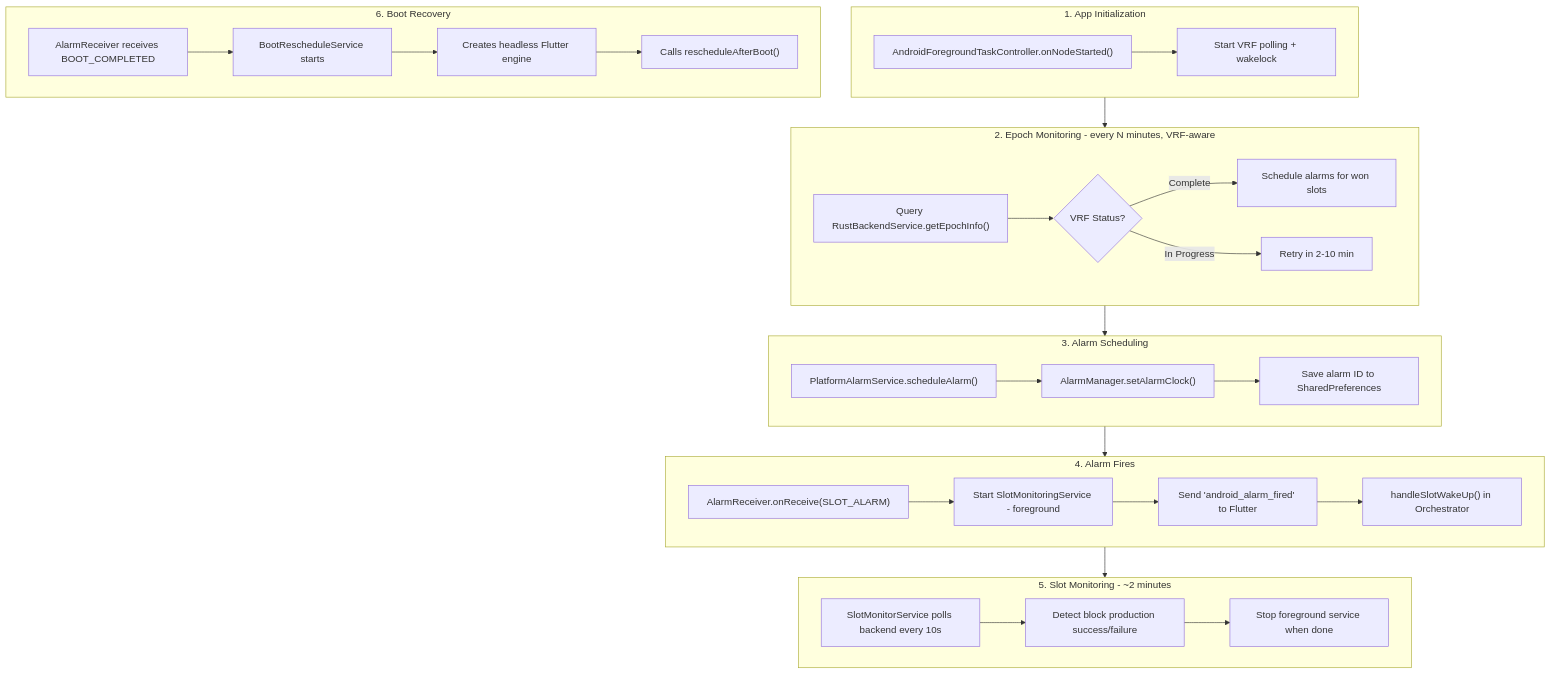
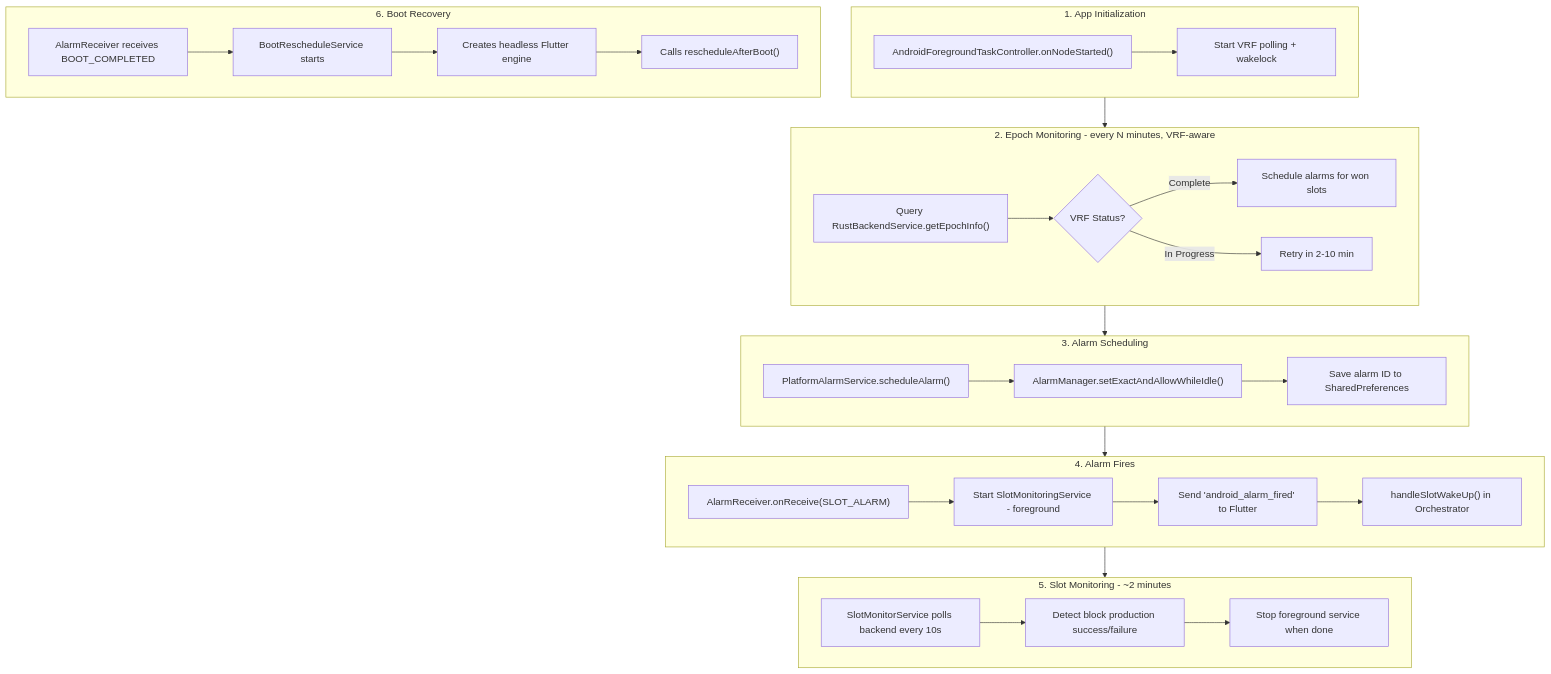
One commit to Usernode-Labs/flutter-mobile-app changed the second of 6 diagrams in docs/ANDROID_BACKGROUND_BLOCK_PRODUCTION_WORKFLOW.md. Above: the diagram before and after it, drawn with Mermaid. The commit also changed other lines of this file and 8 other files, not shown here.

Commit message:
revert exact alarm related changes

````diff
--- a/docs/ANDROID_BACKGROUND_BLOCK_PRODUCTION_WORKFLOW.md
+++ b/docs/ANDROID_BACKGROUND_BLOCK_PRODUCTION_WORKFLOW.md
@@ -62,40 +62,40 @@
 ```mermaid
 flowchart TB
     subgraph Step1["1. App Initialization"]
         A1["AndroidForegroundTaskController.onNodeStarted()"] --> A2["Start VRF polling + wakelock"]
     end
 
     subgraph Step2["2. Epoch Monitoring - every N minutes, VRF-aware"]
         B1["Query RustBackendService.getEpochInfo()"]
         B1 --> B2{"VRF Status?"}
         B2 -->|Complete| B3["Schedule alarms for won slots"]
         B2 -->|In Progress| B4["Retry in 2-10 min"]
     end
 
     subgraph Step3["3. Alarm Scheduling"]
-        C1["PlatformAlarmService.scheduleAlarm()"] --> C2["AlarmManager.setAlarmClock()"]
+        C1["PlatformAlarmService.scheduleAlarm()"] --> C2["AlarmManager.setExactAndAllowWhileIdle()"]
         C2 --> C3["Save alarm ID to SharedPreferences"]
     end
 
     subgraph Step4["4. Alarm Fires"]
         D1["AlarmReceiver.onReceive(SLOT_ALARM)"] --> D2["Start SlotMonitoringService - foreground"]
         D2 --> D3["Send 'android_alarm_fired' to Flutter"]
         D3 --> D4["handleSlotWakeUp() in Orchestrator"]
     end
 
     subgraph Step5["5. Slot Monitoring - ~2 minutes"]
         E1["SlotMonitorService polls backend every 10s"] --> E2["Detect block production success/failure"]
         E2 --> E3["Stop foreground service when done"]
     end
 
     subgraph Step6["6. Boot Recovery"]
         F1["AlarmReceiver receives BOOT_COMPLETED"] --> F2["BootRescheduleService starts"]
         F2 --> F3["Creates headless Flutter engine"]
         F3 --> F4["Calls rescheduleAfterBoot()"]
     end
 
     Step1 --> Step2
     Step2 --> Step3
     Step3 --> Step4
     Step4 --> Step5
 ```
````
